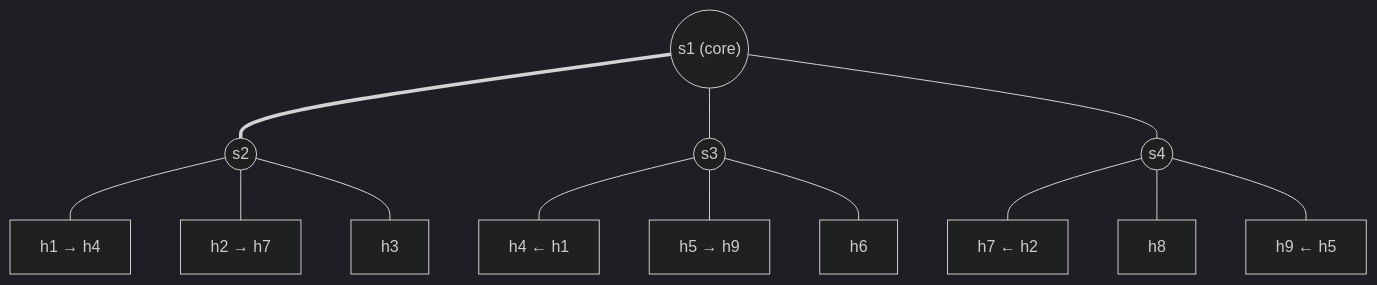
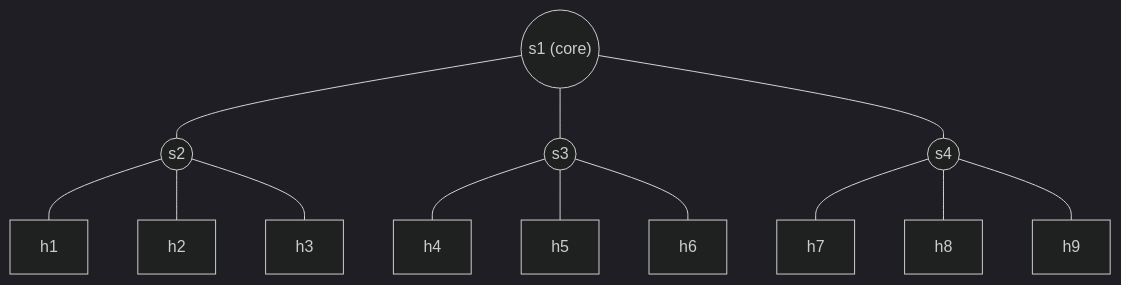
Before and after one commit to mateuszoleksy/team-sdn: the diagram in README.md, drawn with Mermaid (dark theme). The commit also changed other lines of this file, not shown here.

Commit message:
Revise topology diagram in README.md
Updated the topology diagram and simplified host connections.

````diff
--- a/README.md
+++ b/README.md
@@ -12,16 +14,10 @@
 ```mermaid
 graph TD
     s1(("s1 (core)"))
-    s1 === s2((s2))
+    s1 --- s2((s2))
     s1 --- s3((s3))
     s1 --- s4((s4))
-    s2 --- h1["h1 → h4"]
-    s2 --- h2["h2 → h7"]
-    s2 --- h3[h3]
-    s3 --- h4["h4 ← h1"]
-    s3 --- h5["h5 → h9"]
-    s3 --- h6[h6]
-    s4 --- h7["h7 ← h2"]
-    s4 --- h8[h8]
-    s4 --- h9["h9 ← h5"]
+    s2 --- h1 & h2 & h3
+    s3 --- h4 & h5 & h6
+    s4 --- h7 & h8 & h9
 ```
````
